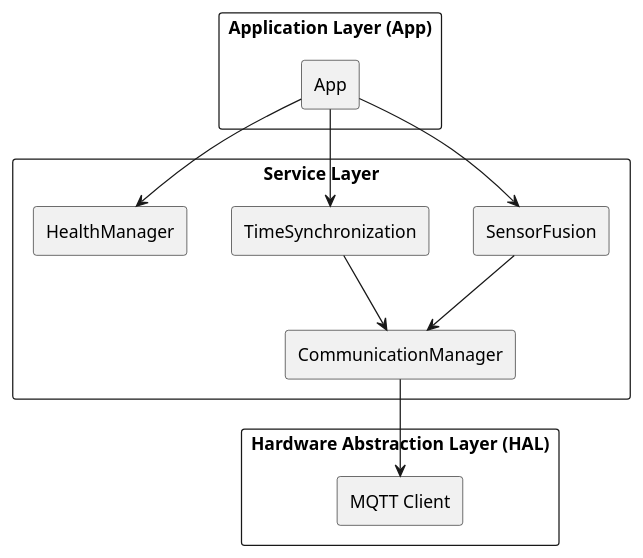
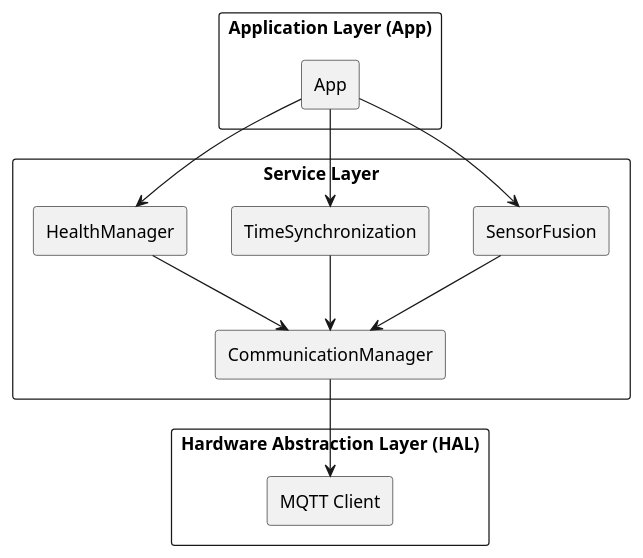
One commit to BlueAndi/DroidControlShip changed the diagram in doc/SensorFusion/architecture/ThreeLayerDiagram.puml. Above: the diagram before and after it, drawn with PlantUML.

Commit message:
Added connection from Health Manager Service to CommManagerService

```diff
--- a/doc/SensorFusion/architecture/ThreeLayerDiagram.puml
+++ b/doc/SensorFusion/architecture/ThreeLayerDiagram.puml
@@ -1,36 +1,34 @@
 @startuml ThreeLayerArchitecture
 skinparam componentStyle rectangle
 skinparam packageStyle rectangle
 skinparam shadowing false
 skinparam defaultFontName Helvetica
 
 ' ===== Layer: Application =====
 package "Application Layer (App)" as AppLayer {
   component "App" as App
 }
 ' ===== Layer: Service =====
 package "Service Layer" as ServiceLayer {
     component "SensorFusion" as SensorFusionService
     component "TimeSynchronization" as TimeSyncService
     component "HealthManager" as HealthManagerService
     component "CommunicationManager" as CommManagerService
 }
 
 ' ===== Layer: Hardware Abstraction Layer (HAL) =====
 package "Hardware Abstraction Layer (HAL)" as HALLayer {
     component "MQTT Client" as MQTTClientHAL
 }
 
 ' ===== Relationships =====
 App -down-> SensorFusionService
 App -down-> TimeSyncService
 App -down-> HealthManagerService
 
 SensorFusionService -down-> CommManagerService
 CommManagerService -down-> MQTTClientHAL
 TimeSyncService -down-> CommManagerService
-
-
-
+HealthManagerService -down-> CommManagerService
 
 @enduml
```
